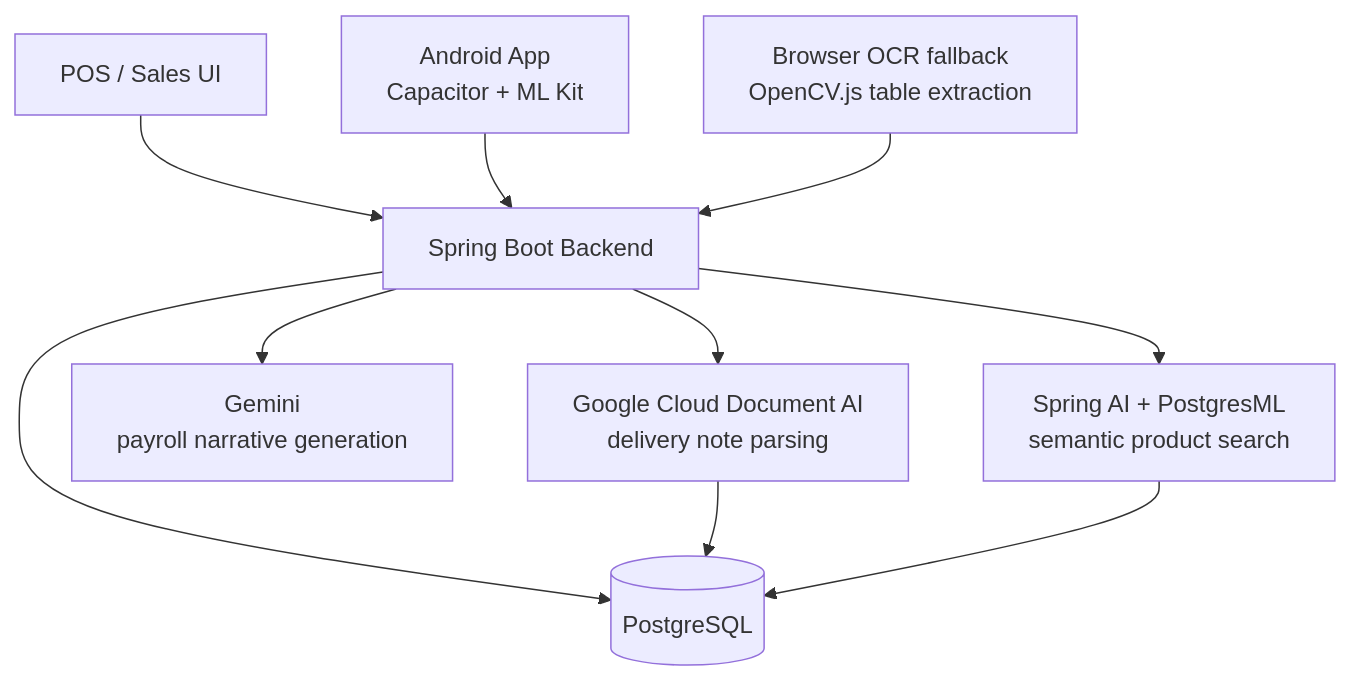
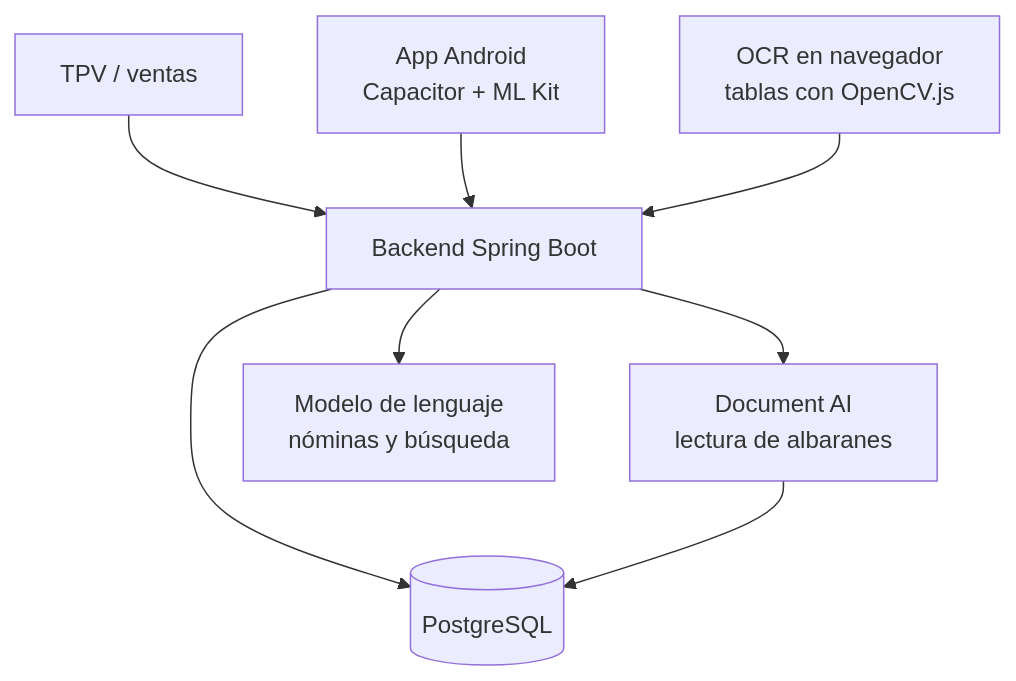
The diagram in case-studies/wilayacenter-pharma-saas.md (rabiiie/rsamadi-portfolio), drawn with Mermaid before and after one commit. The commit also changed other lines of this file and 8 other files, not shown here.

````diff
--- a/case-studies/wilayacenter-pharma-saas.md
+++ b/case-studies/wilayacenter-pharma-saas.md
@@ -69,13 +75,11 @@
 ```mermaid
 flowchart TB
-    POS["POS / Sales UI"] --> API["Spring Boot Backend"]
-    Mobile["Android App<br/>Capacitor + ML Kit"] --> API
+    POS["TPV / ventas"] --> API["Backend Spring Boot"]
+    Mobile["App Android<br/>Capacitor + ML Kit"] --> API
     API --> DB[("PostgreSQL")]
-    API --> DocAI["Google Cloud Document AI<br/>delivery note parsing"]
-    API --> Gemini["Gemini<br/>payroll narrative generation"]
-    API --> Embed["Spring AI + PostgresML<br/>semantic product search"]
-    Scan["Browser OCR fallback<br/>OpenCV.js table extraction"] --> API
+    API --> DocAI["Document AI<br/>lectura de albaranes"]
+    API --> Gemini["Modelo de lenguaje<br/>nóminas y búsqueda"]
+    Scan["OCR en navegador<br/>tablas con OpenCV.js"] --> API
 
     DocAI --> DB
-    Embed --> DB
 ```
````
